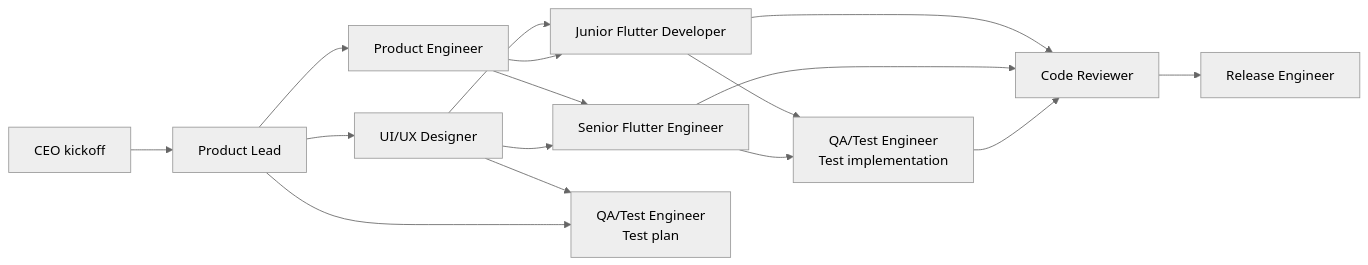
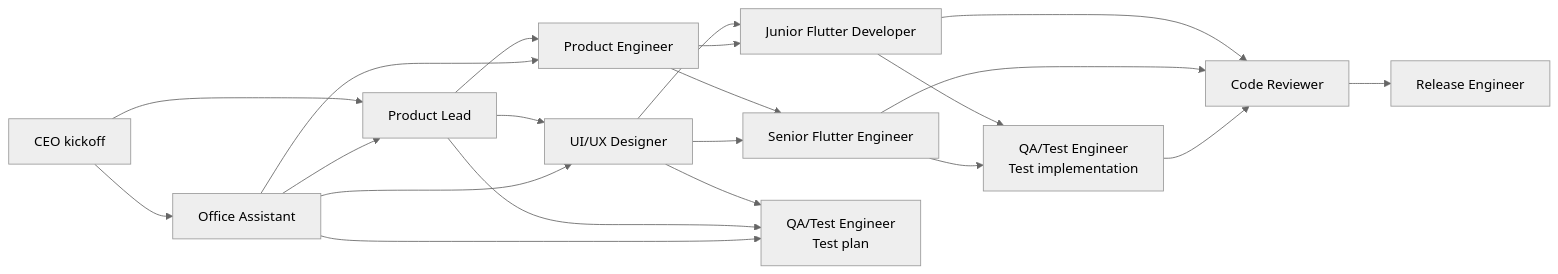
Before and after one commit to SafalFrom2050/ai-dev-team-flutter: the diagram in docs/ai-office/async-agent-runtime.md, drawn with Mermaid (neutral theme). The commit also changed other lines of this file and 7 other files, not shown here.

Commit message:
Add Office Assistant triage role

````diff
--- a/docs/ai-office/async-agent-runtime.md
+++ b/docs/ai-office/async-agent-runtime.md
@@ -132,29 +134,35 @@
 ```mermaid
 flowchart LR
     CEO["CEO kickoff"]
+    Assistant["Office Assistant"]
     Product["Product Lead"]
     Design["UI/UX Designer"]
     Arch["Product Engineer"]
     Senior["Senior Flutter Engineer"]
     Junior["Junior Flutter Developer"]
     QAPlan["QA/Test Engineer\nTest plan"]
     QAImpl["QA/Test Engineer\nTest implementation"]
     Review["Code Reviewer"]
     Release["Release Engineer"]
 
+    CEO --> Assistant
+    Assistant --> Product
+    Assistant --> Design
+    Assistant --> Arch
+    Assistant --> QAPlan
     CEO --> Product
     Product --> Design
     Product --> Arch
     Design --> Senior
     Arch --> Senior
     Arch --> Junior
     Design --> Junior
     Product --> QAPlan
     Design --> QAPlan
     Senior --> QAImpl
     Junior --> QAImpl
     QAImpl --> Review
     Senior --> Review
     Junior --> Review
     Review --> Release
 ```
````
